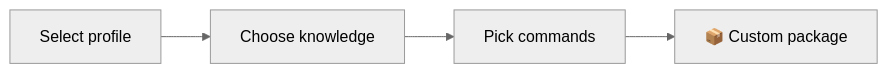
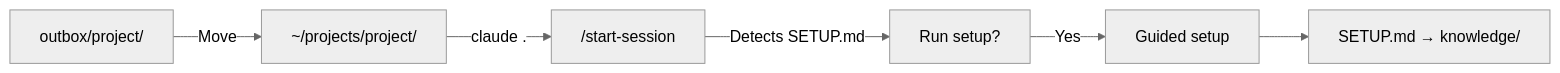
Before and after one commit to Squared-Lemons/Squared-Agent: the fifth of 14 diagrams in README.md, drawn with Mermaid (neutral theme). The commit also changed other lines of this file and 38 other files, not shown here.

````diff
--- a/README.md
+++ b/README.md
@@ -163,6 +247,8 @@
 ```mermaid
 flowchart LR
-    A["Select profile"] --> B["Choose knowledge"]
-    B --> C["Pick commands"]
-    C --> D["📦 Custom package"]
+    A["outbox/project/"] -->|"Move"| B["~/projects/project/"]
+    B -->|"claude ."| C["/start-session"]
+    C -->|"Detects SETUP.md"| D["Run setup?"]
+    D -->|"Yes"| E["Guided setup"]
+    E --> F["SETUP.md → knowledge/"]
 ```
````
